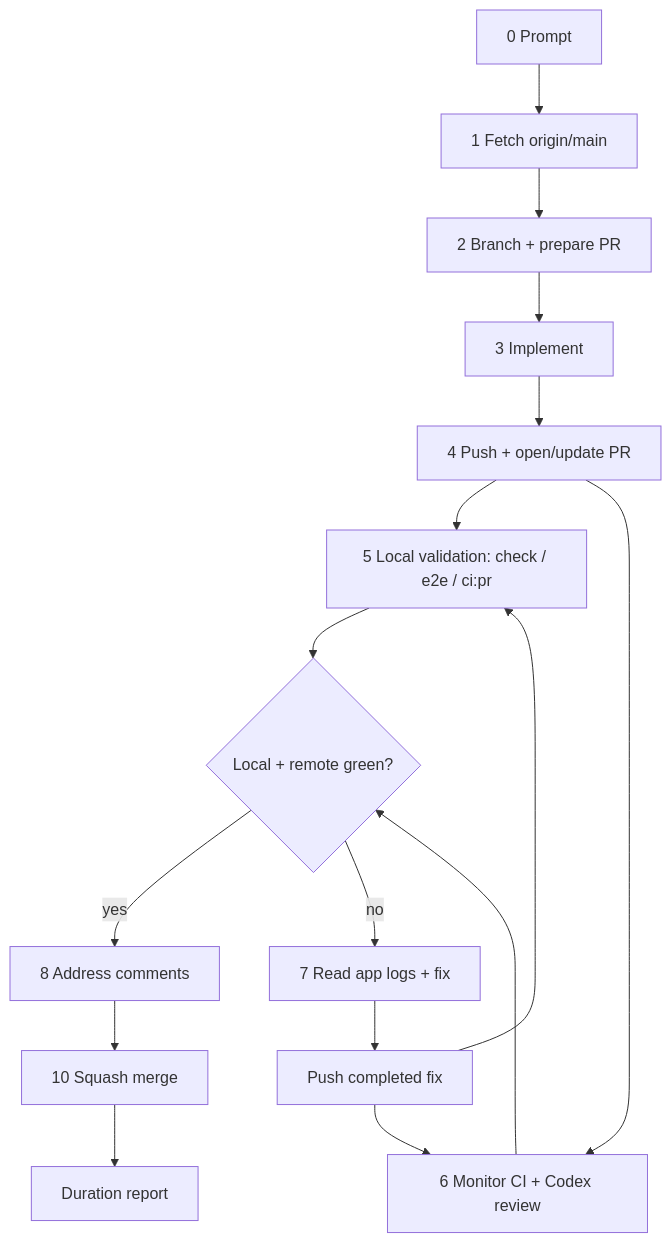
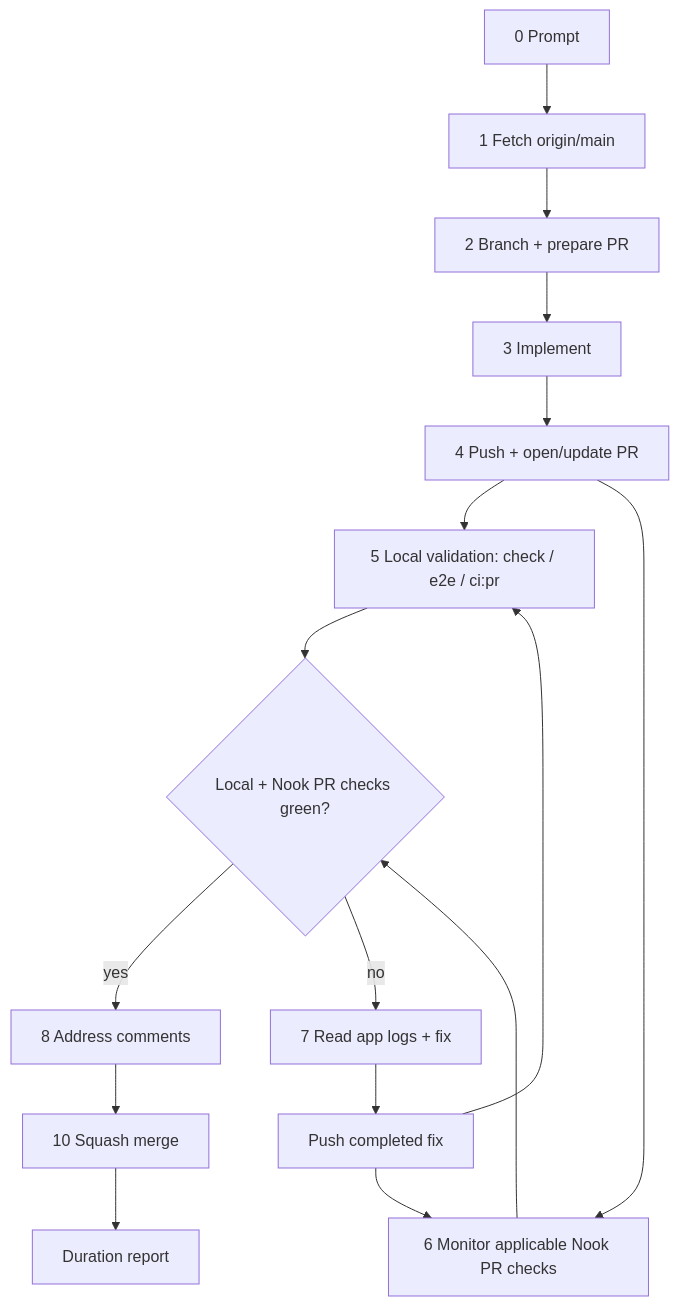
The diagram in .cortex/workflows/coding-bro.md (meta-secret/nook), drawn with Mermaid before and after one commit. The commit also changed other lines of this file and 16 other files, not shown here.

````diff
--- a/.cortex/workflows/coding-bro.md
+++ b/.cortex/workflows/coding-bro.md
@@ -133,18 +163,18 @@
 ```mermaid
 flowchart TD
   P[0 Prompt] --> F[1 Fetch origin/main]
   F --> B[2 Branch + prepare PR]
   B --> I[3 Implement]
   I --> PU[4 Push + open/update PR]
   PU --> L[5 Local validation: check / e2e / ci:pr]
-  PU --> PR[6 Monitor CI + Codex review]
-  L --> G{Local + remote green?}
+  PU --> PR[6 Monitor applicable Nook PR checks]
+  L --> G{Local + Nook PR checks green?}
   PR --> G
   G -->|yes| C[8 Address comments]
   C --> M[10 Squash merge]
   G -->|no| FIX[7 Read app logs + fix]
   FIX --> PUSH[Push completed fix]
   PUSH --> L
   PUSH --> PR
   M --> D[Duration report]
 ```
````
